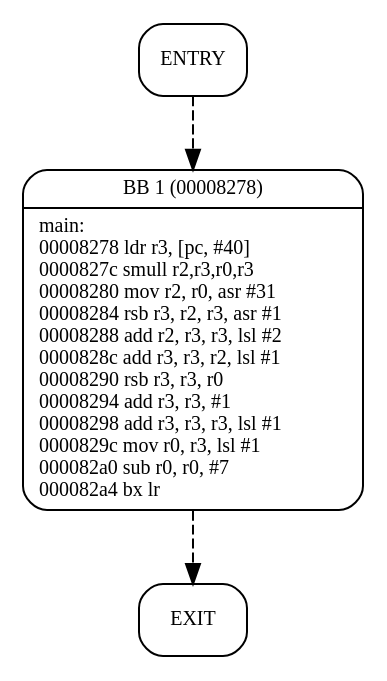
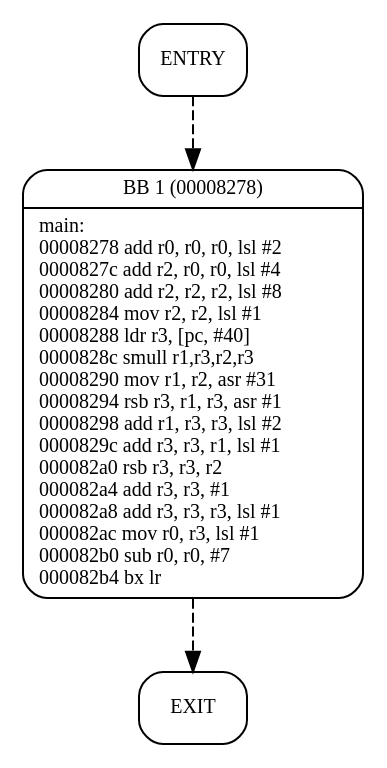
The diagram in benchmarks/arithexpr_seq/arithexpr_seq.dot (Dune-jr/pathfinder), drawn with Graphviz before and after one commit. The commit also changed 11 other files, not shown here.

```diff
--- a/benchmarks/arithexpr_seq/arithexpr_seq.dot
+++ b/benchmarks/arithexpr_seq/arithexpr_seq.dot
@@ -1,8 +1,8 @@
 digraph main{
 node [shape=Mrecord, labeljust=l, fontsize=10];
 	"0" [label="ENTRY"]
 	"0" -> "1" [style=dashed, weight=1];
-	"1" [label="{BB 1 (00008278) | main:\l00008278    ldr r3, [pc, #40]\l0000827c    smull r2,r3,r0,r3\l00008280    mov r2, r0, asr #31\l00008284    rsb r3, r2, r3, asr #1\l00008288    add r2, r3, r3, lsl #2\l0000828c    add r3, r3, r2, lsl #1\l00008290    rsb r3, r3, r0\l00008294    add r3, r3, #1\l00008298    add r3, r3, r3, lsl #1\l0000829c    mov r0, r3, lsl #1\l000082a0    sub r0, r0, #7\l000082a4    bx lr\l }"]
+	"1" [label="{BB 1 (00008278) | main:\l00008278    add r0, r0, r0, lsl #2\l0000827c    add r2, r0, r0, lsl #4\l00008280    add r2, r2, r2, lsl #8\l00008284    mov r2, r2, lsl #1\l00008288    ldr r3, [pc, #40]\l0000828c    smull r1,r3,r2,r3\l00008290    mov r1, r2, asr #31\l00008294    rsb r3, r1, r3, asr #1\l00008298    add r1, r3, r3, lsl #2\l0000829c    add r3, r3, r1, lsl #1\l000082a0    rsb r3, r3, r2\l000082a4    add r3, r3, #1\l000082a8    add r3, r3, r3, lsl #1\l000082ac    mov r0, r3, lsl #1\l000082b0    sub r0, r0, #7\l000082b4    bx lr\l }"]
 	"1" -> "2" [style=dashed, weight=1];
 	"2" [label="EXIT"]
 }
```
